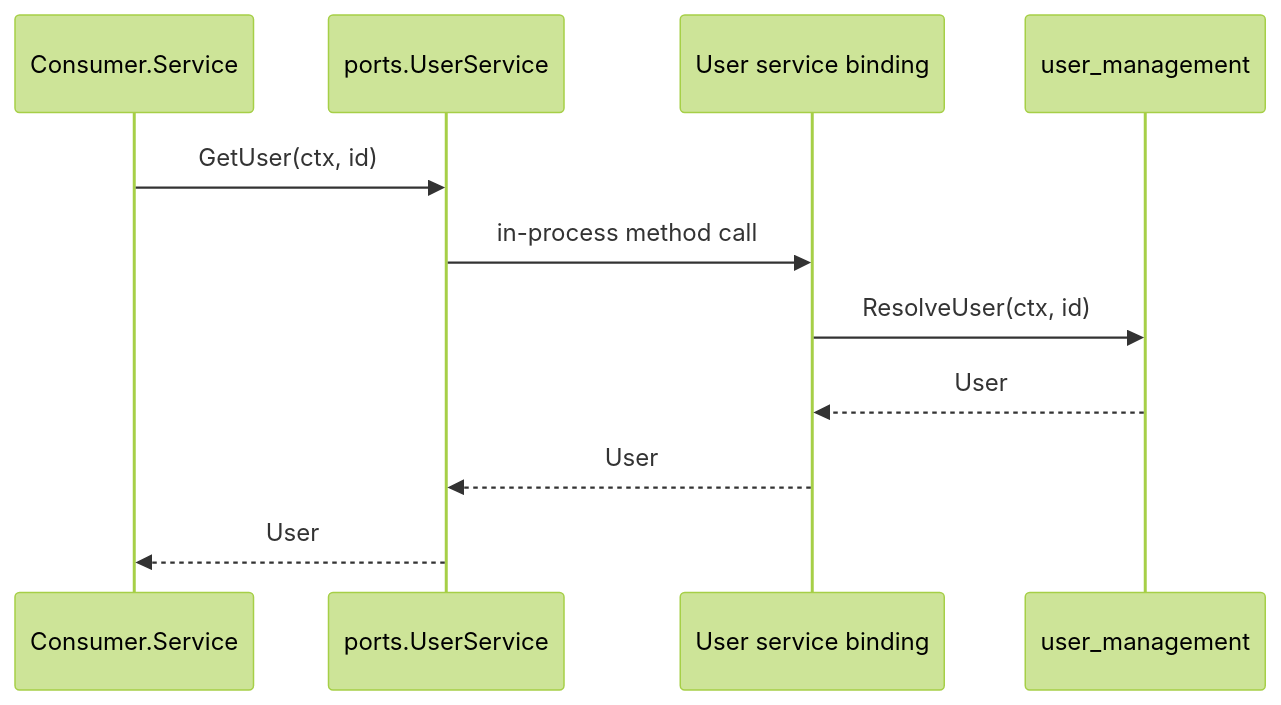
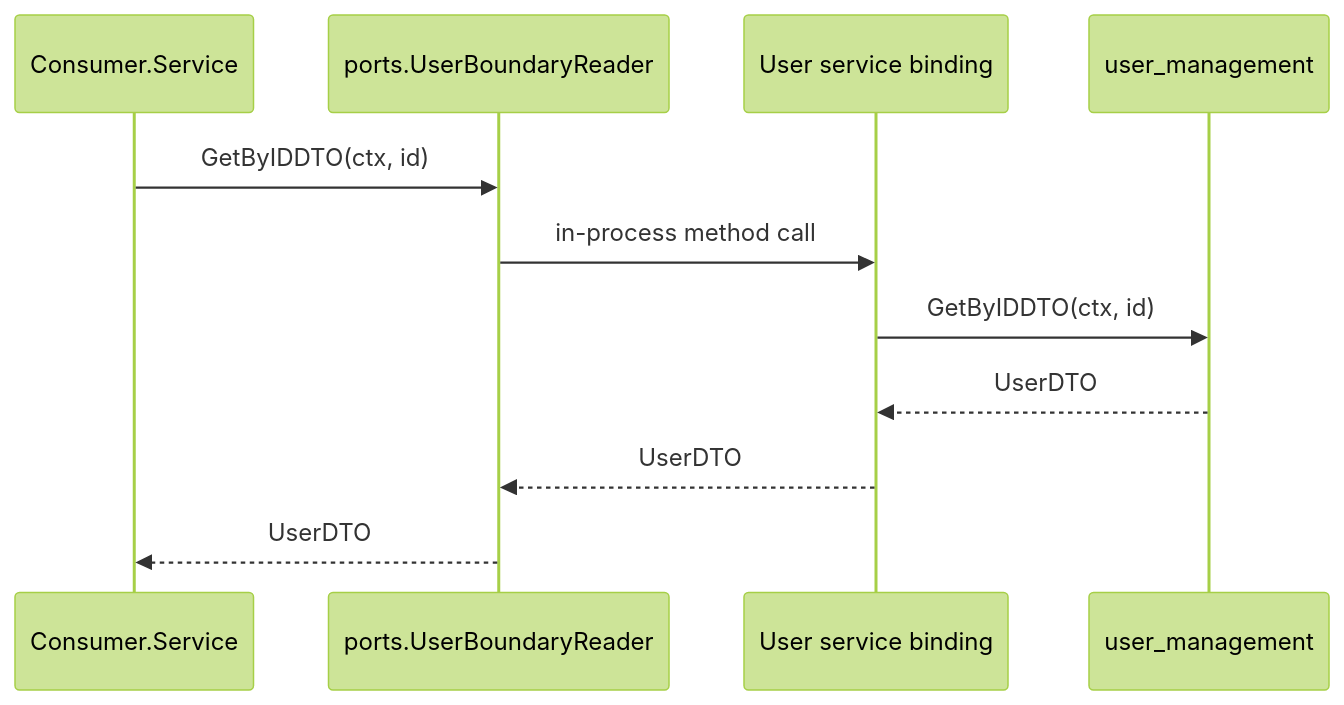
The fourth of 8 diagrams in architecture/06-runtime-view.md (septagon-oss/pk-docs), drawn with Mermaid (forest theme) before and after one commit. The commit also changed other lines of this file and 110 other files, not shown here.

````diff
--- a/architecture/06-runtime-view.md
+++ b/architecture/06-runtime-view.md
@@ -149,14 +149,14 @@
 ```mermaid
 sequenceDiagram
     participant Consumer as Consumer.Service
-    participant Port as ports.UserService
+    participant Port as ports.UserBoundaryReader
     participant Binding as User service binding
     participant Provider as user_management
 
-    Consumer->>Port: GetUser(ctx, id)
+    Consumer->>Port: GetByIDDTO(ctx, id)
     Port->>Binding: in-process method call
-    Binding->>Provider: ResolveUser(ctx, id)
-    Provider-->>Binding: User
-    Binding-->>Port: User
-    Port-->>Consumer: User
+    Binding->>Provider: GetByIDDTO(ctx, id)
+    Provider-->>Binding: UserDTO
+    Binding-->>Port: UserDTO
+    Port-->>Consumer: UserDTO
 ```
````
